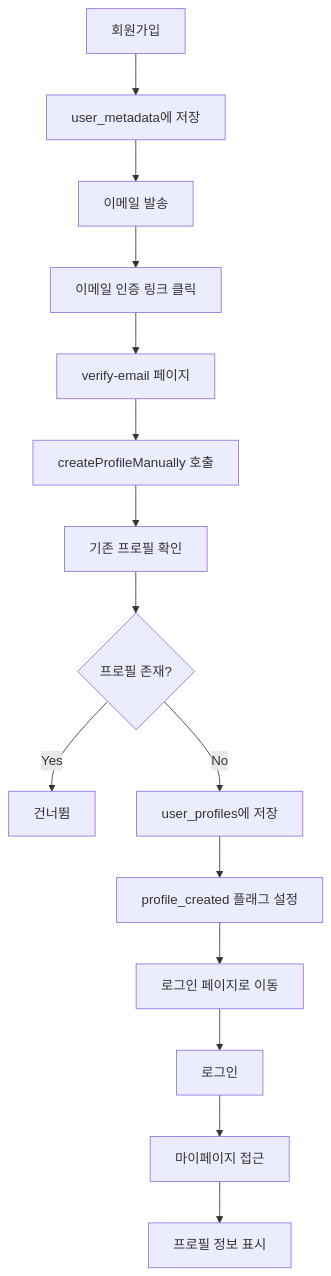
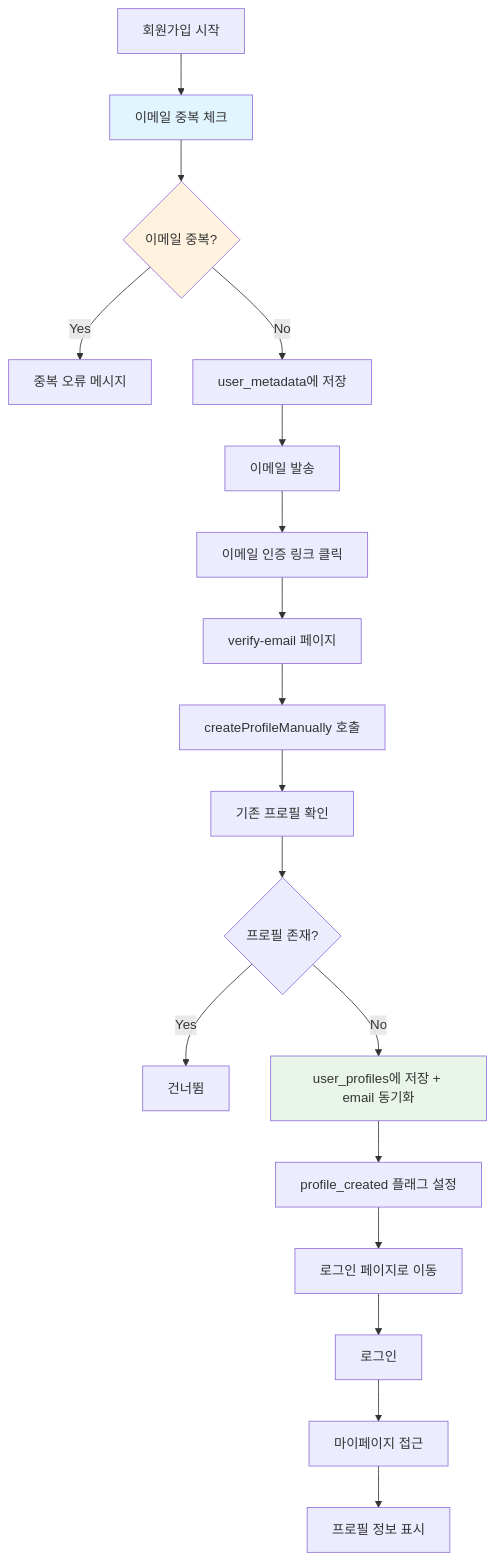
The first of 6 diagrams in docs/worklog/20250903_인증_시스템_완성_및_UI_개선.md (cheesepizza453/move_togaether), drawn with Mermaid before and after one commit. The commit also changed other lines of this file and 8 other files, not shown here.

Commit message:
이메일 중복 체크 시스템 개선: user_profiles 테이블에 email 컬럼 추가 및 중복 체크 API 개선. 회원가입 플로우에서 이메일 중복 체크 기능 구현, 실시간 검증 및 사용자 경험 향상. 닉네임 중복 체크 정책 추가.

````diff
--- a/docs/worklog/20250903_인증_시스템_완성_및_UI_개선.md
+++ b/docs/worklog/20250903_인증_시스템_완성_및_UI_개선.md
@@ -256,17 +256,24 @@
 ```mermaid
 graph TD
-    A[회원가입] --> B[user_metadata에 저장]
-    B --> C[이메일 발송]
-    C --> D[이메일 인증 링크 클릭]
-    D --> E[verify-email 페이지]
-    E --> F[createProfileManually 호출]
-    F --> G[기존 프로필 확인]
-    G --> H{프로필 존재?}
-    H -->|Yes| I[건너뜀]
-    H -->|No| J[user_profiles에 저장]
-    J --> K[profile_created 플래그 설정]
-    K --> L[로그인 페이지로 이동]
-    L --> M[로그인]
-    M --> N[마이페이지 접근]
-    N --> O[프로필 정보 표시]
+    A[회원가입 시작] --> B[이메일 중복 체크]
+    B --> C{이메일 중복?}
+    C -->|Yes| D[중복 오류 메시지]
+    C -->|No| E[user_metadata에 저장]
+    E --> F[이메일 발송]
+    F --> G[이메일 인증 링크 클릭]
+    G --> H[verify-email 페이지]
+    H --> I[createProfileManually 호출]
+    I --> J[기존 프로필 확인]
+    J --> K{프로필 존재?}
+    K -->|Yes| L[건너뜀]
+    K -->|No| M[user_profiles에 저장 + email 동기화]
+    M --> N[profile_created 플래그 설정]
+    N --> O[로그인 페이지로 이동]
+    O --> P[로그인]
+    P --> Q[마이페이지 접근]
+    Q --> R[프로필 정보 표시]
+
+    style B fill:#e1f5fe
+    style C fill:#fff3e0
+    style M fill:#e8f5e8
 ```
````
